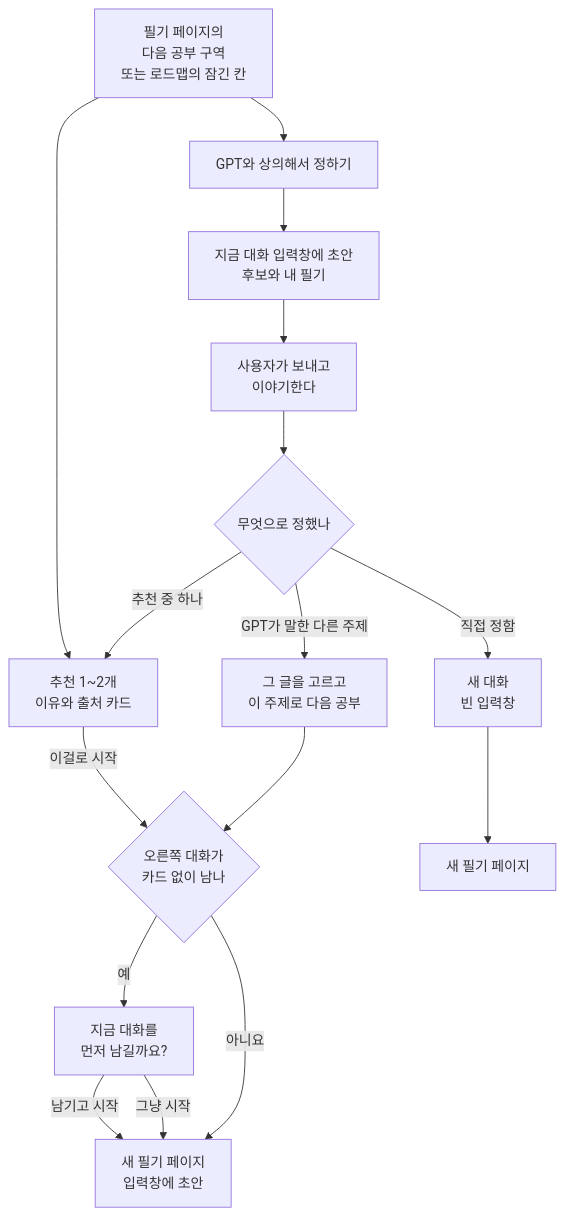
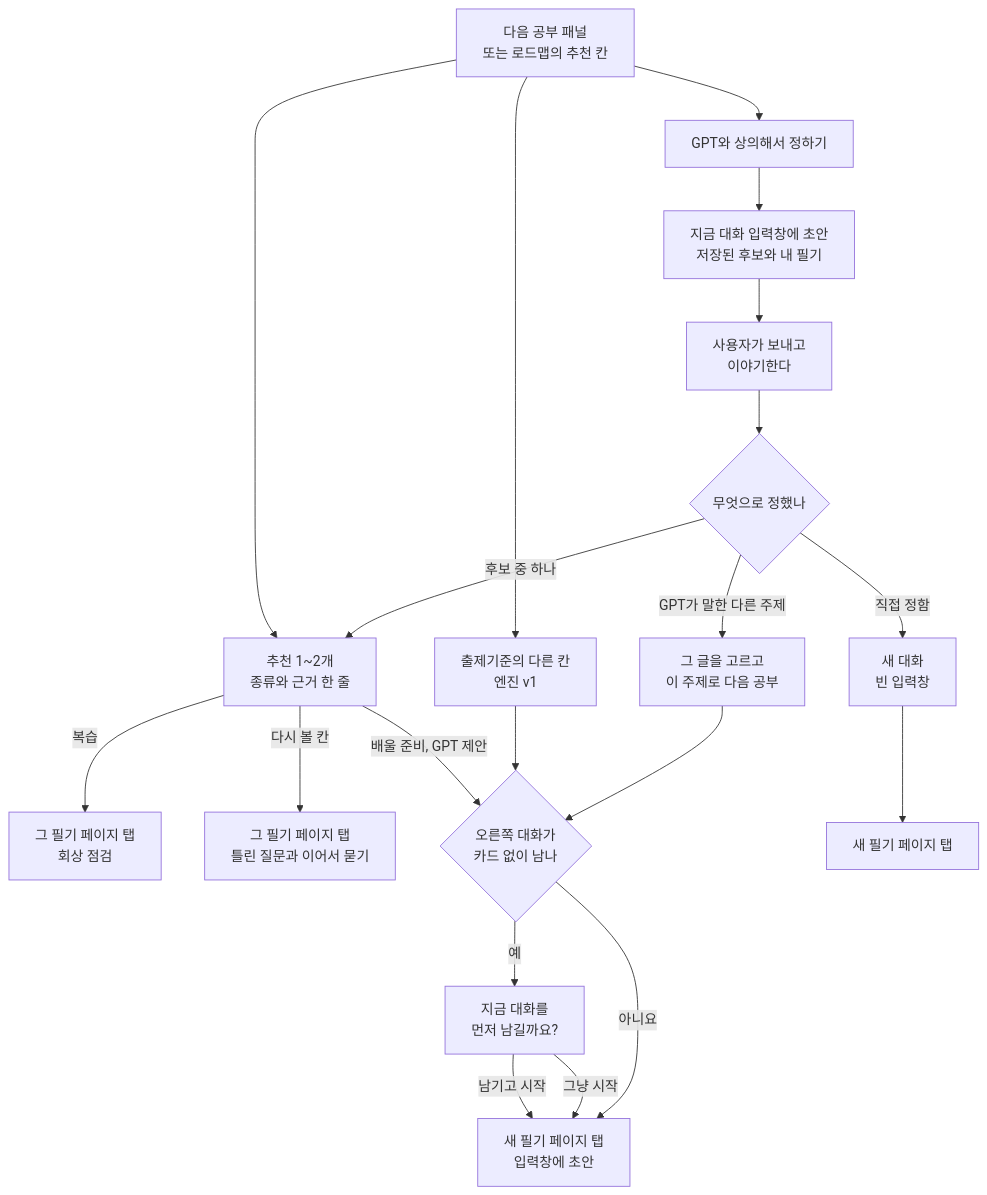
One commit to IBORY-PURPLE/Experii changed the fifth of 8 diagrams in docs/plans/2026-10-30-overnight-desktop/flow-v2.md. Above: the diagram before and after it, drawn with Mermaid. The commit also changed other lines of this file, not shown here.

First line of the commit message:
Narrow the use flow to draft A and align next study with the research

````diff
--- a/docs/plans/2026-10-30-overnight-desktop/flow-v2.md
+++ b/docs/plans/2026-10-30-overnight-desktop/flow-v2.md
@@ -352,18 +399,22 @@
 ```mermaid
 flowchart TD
-    A["필기 페이지의<br/>다음 공부 구역<br/>또는 로드맵의 잠긴 칸"] --> B["추천 1~2개<br/>이유와 출처 카드"]
+    A["다음 공부 패널<br/>또는 로드맵의 추천 칸"] --> B["추천 1~2개<br/>종류와 근거 한 줄"]
+    A --> O["출제기준의 다른 칸<br/>엔진 v1"]
     A --> C["GPT와 상의해서 정하기"]
-    C --> D["지금 대화 입력창에 초안<br/>후보와 내 필기"]
+    C --> D["지금 대화 입력창에 초안<br/>저장된 후보와 내 필기"]
     D --> E["사용자가 보내고<br/>이야기한다"]
     E --> F{"무엇으로 정했나"}
-    F -- "추천 중 하나" --> B
+    F -- "후보 중 하나" --> B
     F -- "GPT가 말한 다른 주제" --> G["그 글을 고르고<br/>이 주제로 다음 공부"]
     F -- "직접 정함" --> H["새 대화<br/>빈 입력창"]
-    B -- "이걸로 시작" --> X{"오른쪽 대화가<br/>카드 없이 남나"}
+    B -- "복습" --> R["그 필기 페이지 탭<br/>회상 점검"]
+    B -- "다시 볼 칸" --> W["그 필기 페이지 탭<br/>틀린 질문과 이어서 묻기"]
+    B -- "배울 준비, GPT 제안" --> X{"오른쪽 대화가<br/>카드 없이 남나"}
+    O --> X
     G --> X
     X -- "예" --> Y["지금 대화를<br/>먼저 남길까요?"]
-    Y -- "남기고 시작" --> N["새 필기 페이지<br/>입력창에 초안"]
+    Y -- "남기고 시작" --> N["새 필기 페이지 탭<br/>입력창에 초안"]
     Y -- "그냥 시작" --> N
     X -- "아니요" --> N
-    H --> N2["새 필기 페이지"]
+    H --> N2["새 필기 페이지 탭"]
 ```
````
